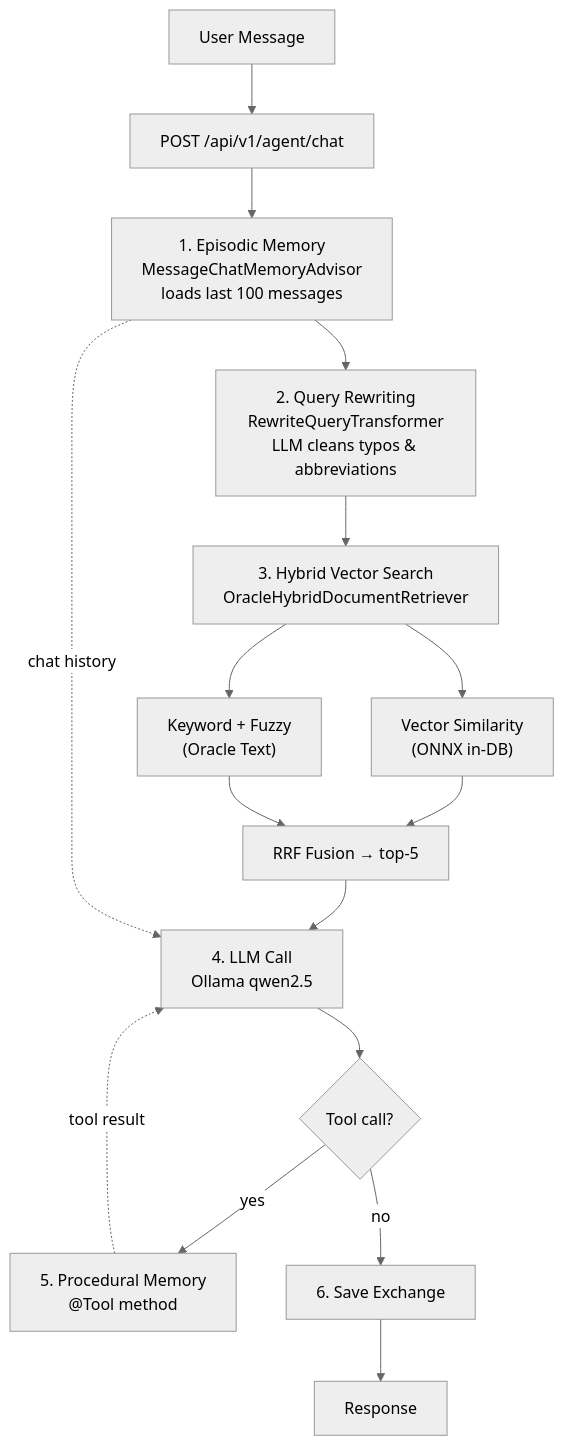
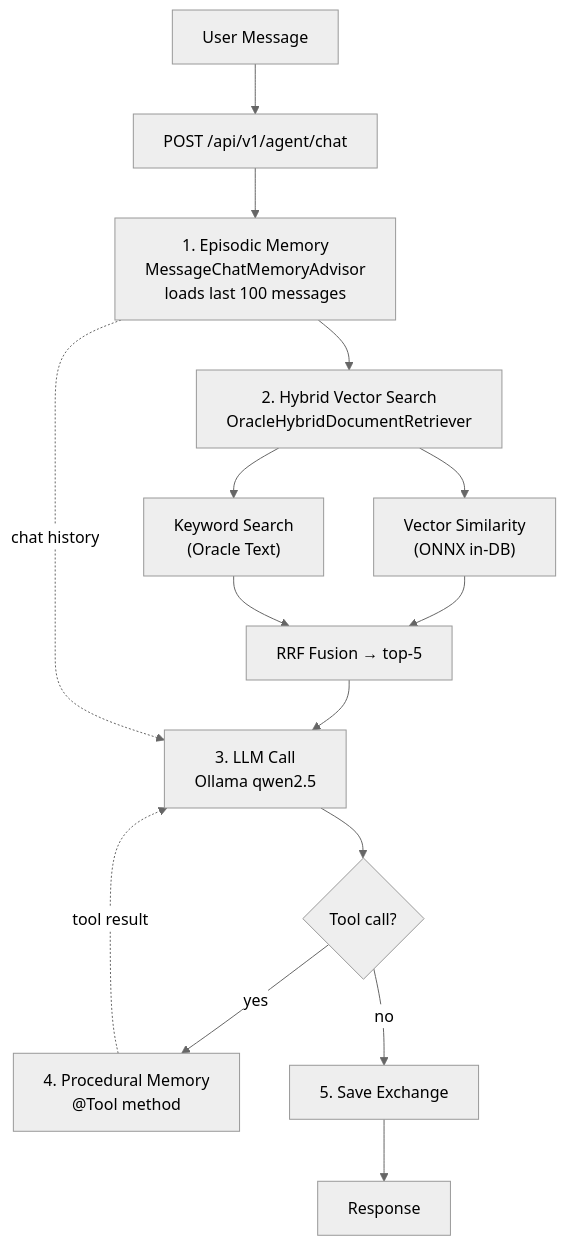
One commit to vmleon/oracle-database-java-agent-memory changed the third of 3 diagrams in README.md. Above: the diagram before and after it, drawn with Mermaid (neutral theme). The commit also changed other lines of this file and 4 other files, not shown here.

Commit message:
Remove FUZZY text search, fix ContextualQueryAugmenter to treat RAG as supplementary context, update system prompt with explicit tool instructions, and sync all docs

````diff
--- a/README.md
+++ b/README.md
@@ -45,18 +45,17 @@
 ```mermaid
 graph TD
     A[User Message] --> B["POST /api/v1/agent/chat"]
     B --> C["1. Episodic Memory<br/>MessageChatMemoryAdvisor<br/>loads last 100 messages"]
-    C --> D["2. Query Rewriting<br/>RewriteQueryTransformer<br/>LLM cleans typos & abbreviations"]
-    D --> E["3. Hybrid Vector Search<br/>OracleHybridDocumentRetriever"]
-    E --> F["Vector Similarity<br/>(ONNX in-DB)"]
-    E --> G["Keyword + Fuzzy<br/>(Oracle Text)"]
-    F --> H["RRF Fusion → top-5"]
-    G --> H
-    H --> I["4. LLM Call<br/>Ollama qwen2.5"]
-    C -.->|chat history| I
-    I --> J{Tool call?}
-    J -->|yes| K["5. Procedural Memory<br/>@Tool method"]
-    K -.->|tool result| I
-    J -->|no| L["6. Save Exchange"]
-    L --> M[Response]
+    C --> D["2. Hybrid Vector Search<br/>OracleHybridDocumentRetriever"]
+    D --> E["Vector Similarity<br/>(ONNX in-DB)"]
+    D --> F["Keyword Search<br/>(Oracle Text)"]
+    E --> G["RRF Fusion → top-5"]
+    F --> G
+    G --> H["3. LLM Call<br/>Ollama qwen2.5"]
+    C -.->|chat history| H
+    H --> I{Tool call?}
+    I -->|yes| J["4. Procedural Memory<br/>@Tool method"]
+    J -.->|tool result| H
+    I -->|no| K["5. Save Exchange"]
+    K --> L[Response]
 ```
````
